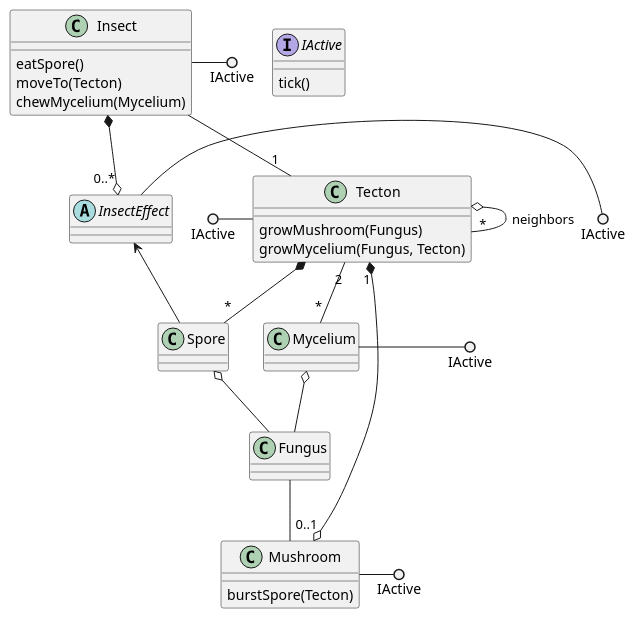
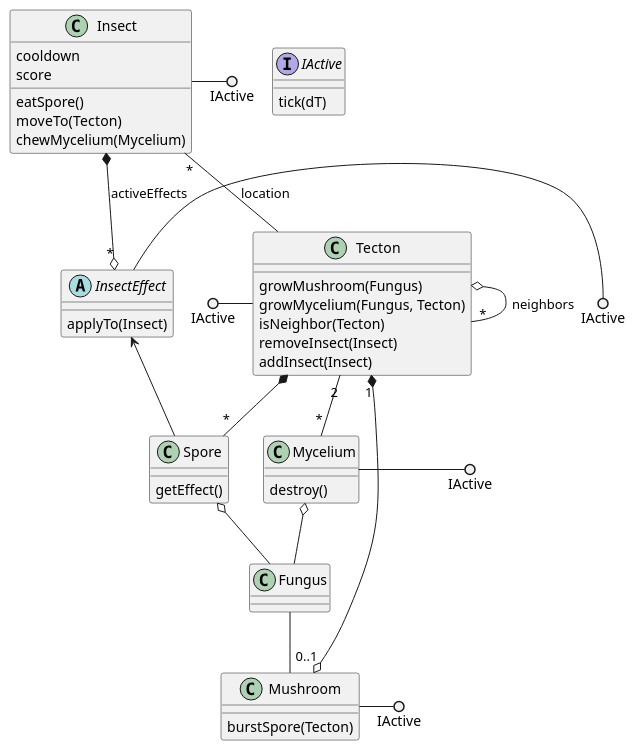
One commit to ZD4ve/projlab-error521 changed the diagram in classes.pu. Above: the diagram before and after it, drawn with PlantUML. The commit also changed 4 other files, not shown here.

```diff
--- a/classes.pu
+++ b/classes.pu
@@ -1,46 +1,53 @@
 @startuml classes
 interface IActive
 class Tecton
 together {
     class Fungus
     class Mycelium
     class Mushroom
     class Spore
 }
 together {
     class Insect
     abstract InsectEffect
 }
 
-IActive : tick()
+IActive : tick(dT)
 
 IActive ()- Tecton
 IActive ()- Mushroom
 IActive ()- Mycelium
 IActive ()- Insect
 IActive ()- InsectEffect
 
-
 Tecton o-- "*" Tecton : neighbors
 Tecton "2" -- "*" Mycelium
 Tecton *-- "*" Spore
 Tecton "1" *--o "0..1" Mushroom
 Tecton : growMushroom(Fungus)
 Tecton : growMycelium(Fungus, Tecton)
+Tecton : isNeighbor(Tecton)
+Tecton : removeInsect(Insect)
+Tecton : addInsect(Insect)
 
 Mushroom : burstSpore(Tecton)
 
 Mycelium o-- Fungus
+Mycelium : destroy()
 
-Insect *--o "0..*" InsectEffect
-Insect -- "1" Tecton
+Insect *--o "*" InsectEffect : activeEffects
+Insect "*" -- Tecton : location
+Insect : cooldown
+Insect : score
 Insect : eatSpore()
 Insect : moveTo(Tecton)
 Insect : chewMycelium(Mycelium)
 
 Spore o-- Fungus
+Spore : getEffect()
 
 InsectEffect <-- Spore
+InsectEffect : applyTo(Insect)
 
 Fungus -- Mushroom
 @enduml
```
